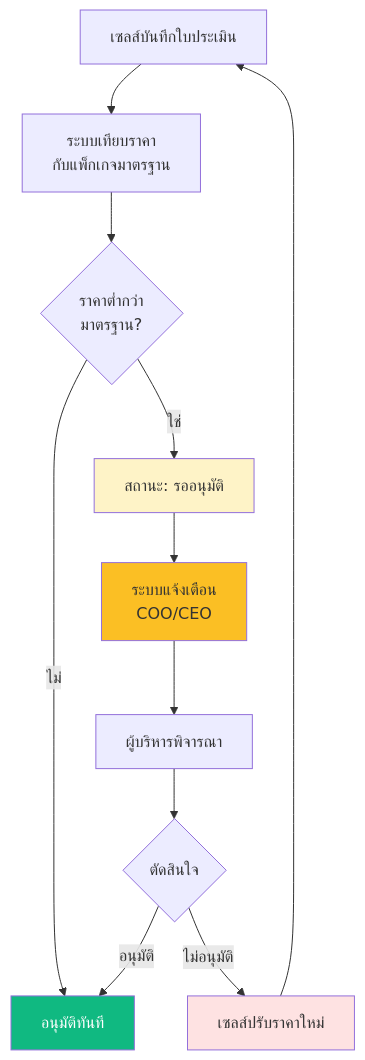
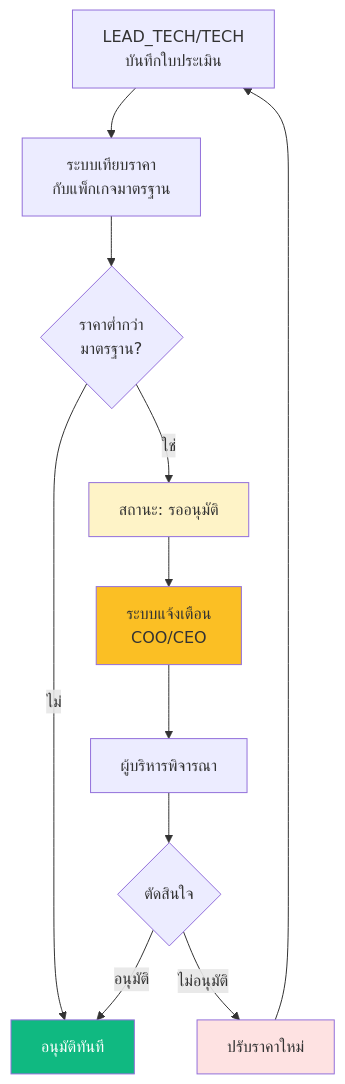
Before and after one commit to Rachaiyut/mrgreenpest-admin: the seventh of 46 diagrams in public/docs/FLOW.md, drawn with Mermaid. The commit also changed other lines of this file, not shown here.

First line of the commit message:
docs(flow): remove standalone Sales role — handled by LEAD_TECH/TECH

````diff
--- a/public/docs/FLOW.md
+++ b/public/docs/FLOW.md
@@ -1575,18 +1502,18 @@
 ```mermaid
 flowchart TD
-    Save[เซลส์บันทึกใบประเมิน] --> Compare[ระบบเทียบราคา<br/>กับแพ็กเกจมาตรฐาน]
+    Save[LEAD_TECH/TECH<br/>บันทึกใบประเมิน] --> Compare[ระบบเทียบราคา<br/>กับแพ็กเกจมาตรฐาน]
     Compare --> Low{ราคาต่ำกว่า<br/>มาตรฐาน?}
     Low -->|ไม่| Approved[อนุมัติทันที]
     Low -->|ใช่| Pending[สถานะ: รออนุมัติ]
     Pending --> NotifyMgmt[ระบบแจ้งเตือน<br/>COO/CEO]
     NotifyMgmt --> Review[ผู้บริหารพิจารณา]
     Review --> Decision{ตัดสินใจ}
     Decision -->|อนุมัติ| Approved
-    Decision -->|ไม่อนุมัติ| Reject[เซลส์ปรับราคาใหม่]
+    Decision -->|ไม่อนุมัติ| Reject[ปรับราคาใหม่]
     Reject --> Save
 
     style Pending fill:#fef3c7
     style NotifyMgmt fill:#fbbf24
     style Approved fill:#10b981,color:#fff
     style Reject fill:#fee2e2
 ```
````
